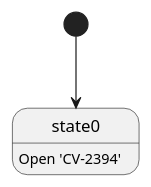
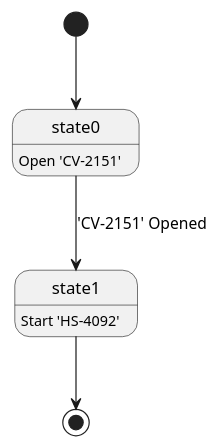
One commit to mekcrab/Solvay_test changed the diagram in specs/vpeng/AttrTest_0.0.puml. Above: the diagram before and after it, drawn with PlantUML. The commit also changed 8 other files, not shown here.

```diff
--- a/specs/vpeng/AttrTest_0.0.puml
+++ b/specs/vpeng/AttrTest_0.0.puml
@@ -1,6 +1,9 @@
 @startuml
 
 [*] --> state0
-state0: Open 'CV-2394'
+state0: Open 'CV-2151'
+state0 --> state1: 'CV-2151' Opened
+state1: Start 'HS-4092'
+state1 --> [*]
 
 @enduml
```
